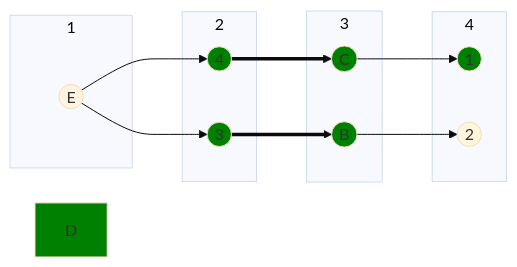
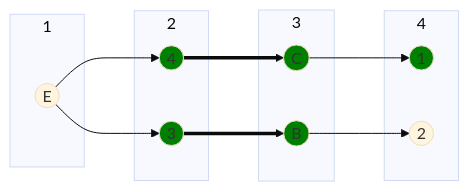
The fourth of 7 diagrams in Задание 8/girls.md (algos-ris-24-3/manual-tasks), drawn with Mermaid (base theme) before and after one commit.

Commit message:
girls.md

````diff
--- a/Задание 8/girls.md
+++ b/Задание 8/girls.md
@@ -146,28 +146,27 @@
 ```mermaid
 graph LR
     subgraph " 1 "
         E((E))
     end
     subgraph " 2 "
         3((3))
         4((4))
     end
     subgraph " 3 "
         B((B))
         C((C))
     end
     subgraph " 4 "
         2((2))
         1((1))
     end
     
     E --> 3 ==> B --> 2
     E --> 4 ==> C --> 1 
 
     style 3 fill:#008000
     style 4 fill:#008000
     style 1 fill:#008000
     style C fill:#008000
     style B fill:#008000
-    style D fill:#008000
 ```
````
